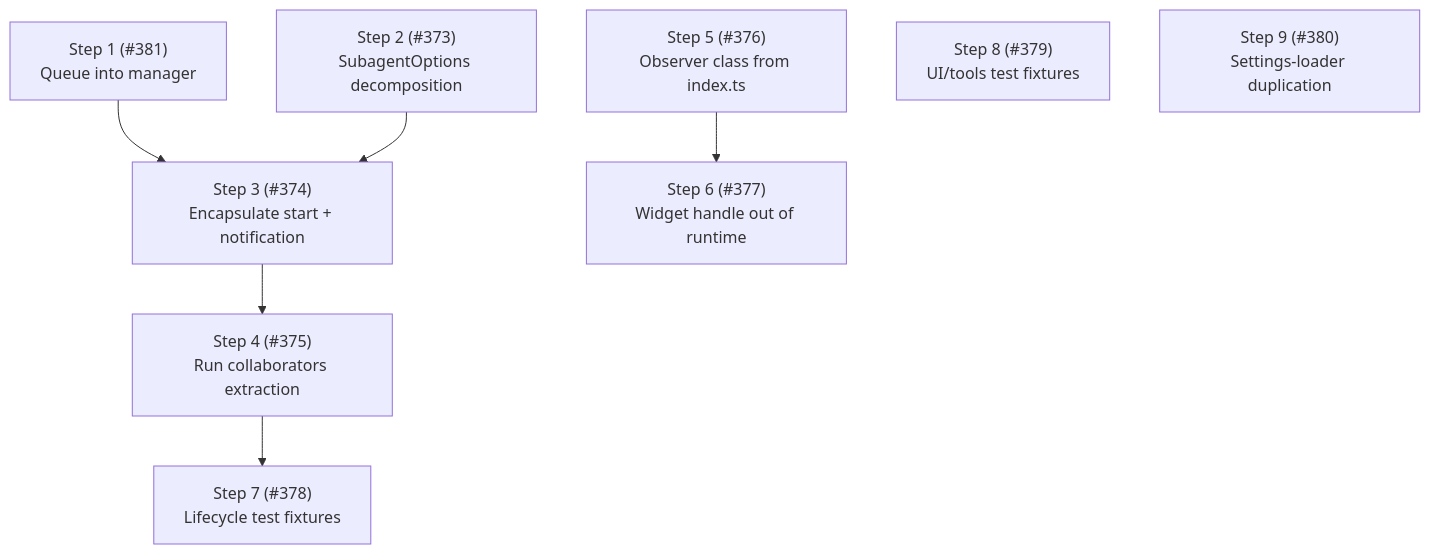
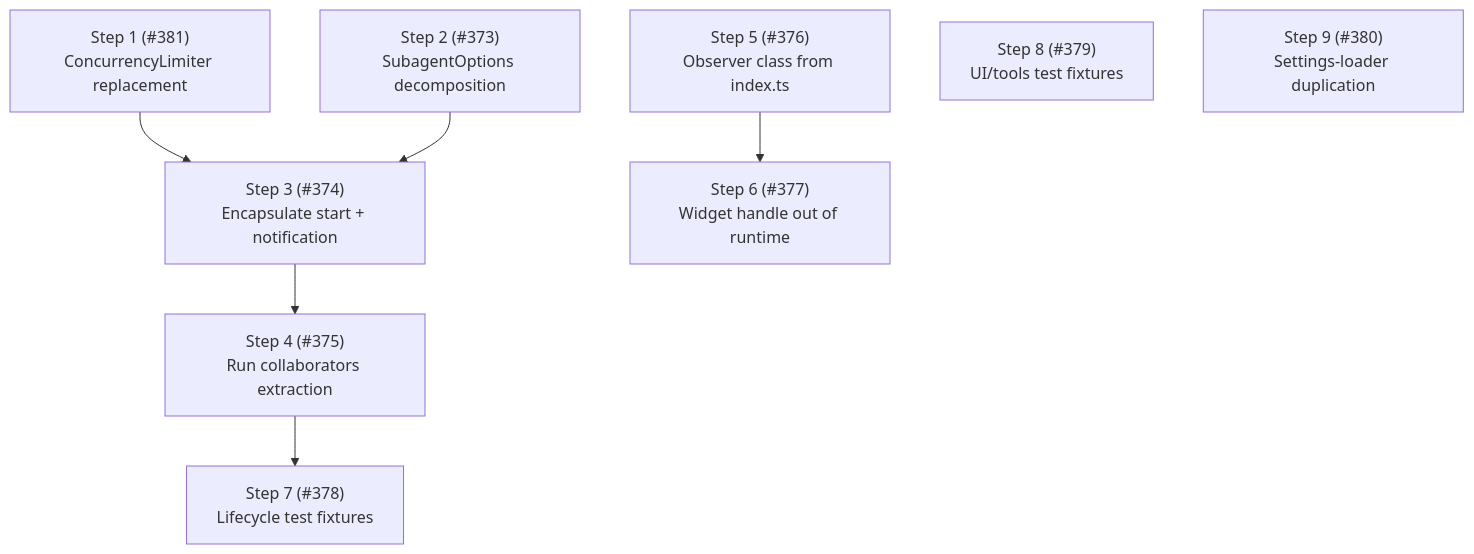
Before and after one commit to NicoSenerman/pi-packages: the sixth of 6 diagrams in packages/pi-subagents/docs/architecture/architecture.md, drawn with Mermaid. The commit also changed other lines of this file, not shown here.

Commit message:
docs(pi-subagents): redesign Phase 17 Step 1 as ConcurrencyLimiter; clarify no-scheduling principle

````diff
--- a/packages/pi-subagents/docs/architecture/architecture.md
+++ b/packages/pi-subagents/docs/architecture/architecture.md
@@ -887,18 +890,18 @@
 ```mermaid
 flowchart TB
-    S1["Step 1 (#381)<br/>Queue into manager"]
+    S1["Step 1 (#381)<br/>ConcurrencyLimiter replacement"]
     S2["Step 2 (#373)<br/>SubagentOptions decomposition"]
     S3["Step 3 (#374)<br/>Encapsulate start + notification"]
     S4["Step 4 (#375)<br/>Run collaborators extraction"]
     S5["Step 5 (#376)<br/>Observer class from index.ts"]
     S6["Step 6 (#377)<br/>Widget handle out of runtime"]
     S7["Step 7 (#378)<br/>Lifecycle test fixtures"]
     S8["Step 8 (#379)<br/>UI/tools test fixtures"]
     S9["Step 9 (#380)<br/>Settings-loader duplication"]
 
     S1 --> S3
     S2 --> S3
     S3 --> S4
     S4 --> S7
     S5 --> S6
 ```
````
